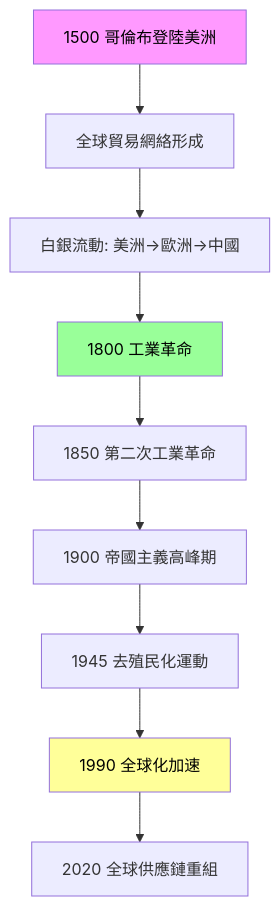
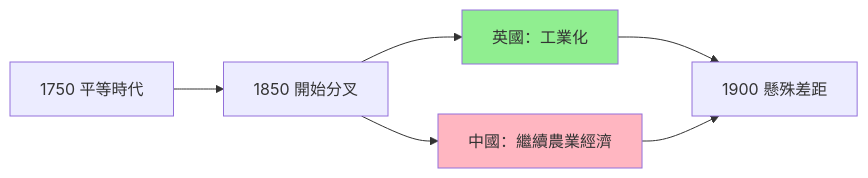
One commit to yip-lgtm/HKU-Harvard-History-Self-Study changed the second of 10 diagrams in 01_HKU_Courses/HIST1016_The_modern_world.md. Above: the diagram before and after it, drawn with Mermaid. The commit also changed other lines of this file and 65 other files, not shown here.

````diff
--- a/01_HKU_Courses/HIST1016_The_modern_world.md
+++ b/01_HKU_Courses/HIST1016_The_modern_world.md
@@ -158,15 +148,10 @@
 ```mermaid
-graph TD
-    A[1500 哥倫布登陸美洲] --> B[全球貿易網絡形成]
-    B --> C[白銀流動: 美洲→歐洲→中國]
-    C --> D[1800 工業革命]
-    D --> E[1850 第二次工業革命]
-    E --> F[1900 帝國主義高峰期]
-    F --> G[1945 去殖民化運動]
-    G --> H[1990 全球化加速]
-    H --> I[2020 全球供應鏈重組]
-    
-    style A fill:#f9f,color:#000
-    style D fill:#9f9,color:#000
-    style H fill:#ff9,color:#000
+graph LR
+    A[1750 平等時代] --> B[1850 開始分叉]
+    B --> C[英國：工業化]
+    B --> D[中國：繼續農業經濟]
+    C --> E[1900 懸殊差距]
+    D --> E
+    style C fill:#90EE90
+    style D fill:#FFB6C1
 ```
````
